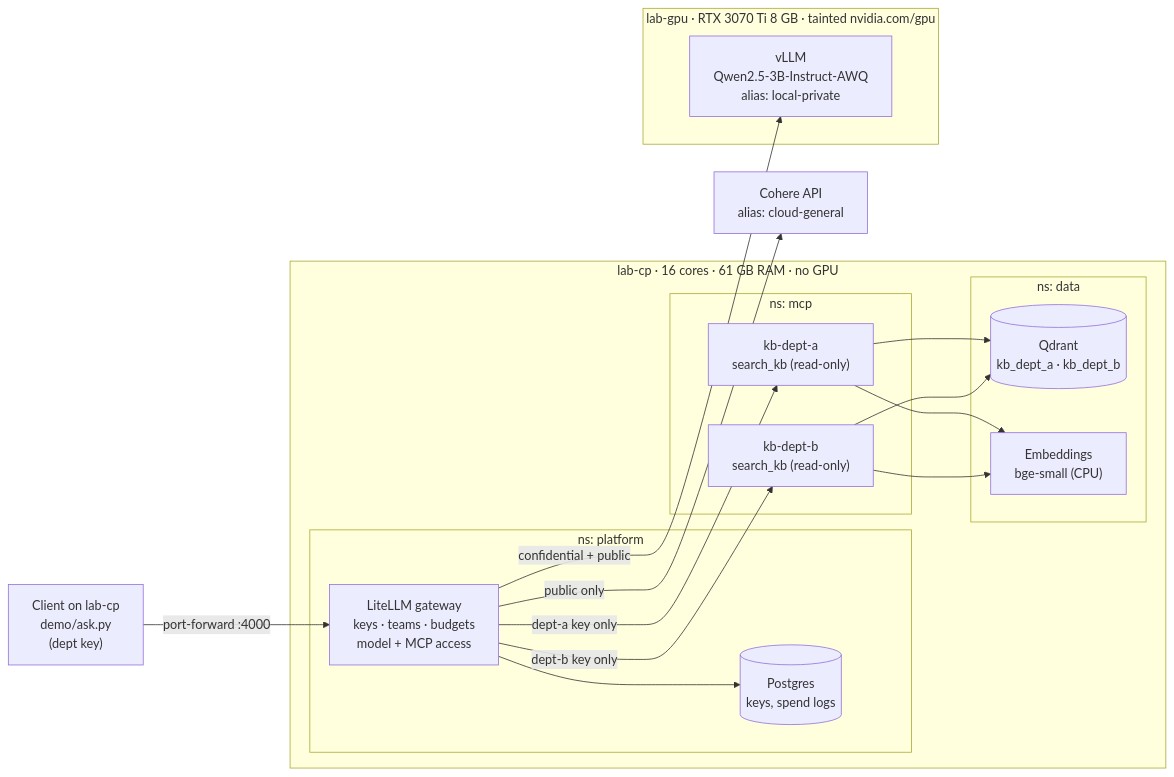
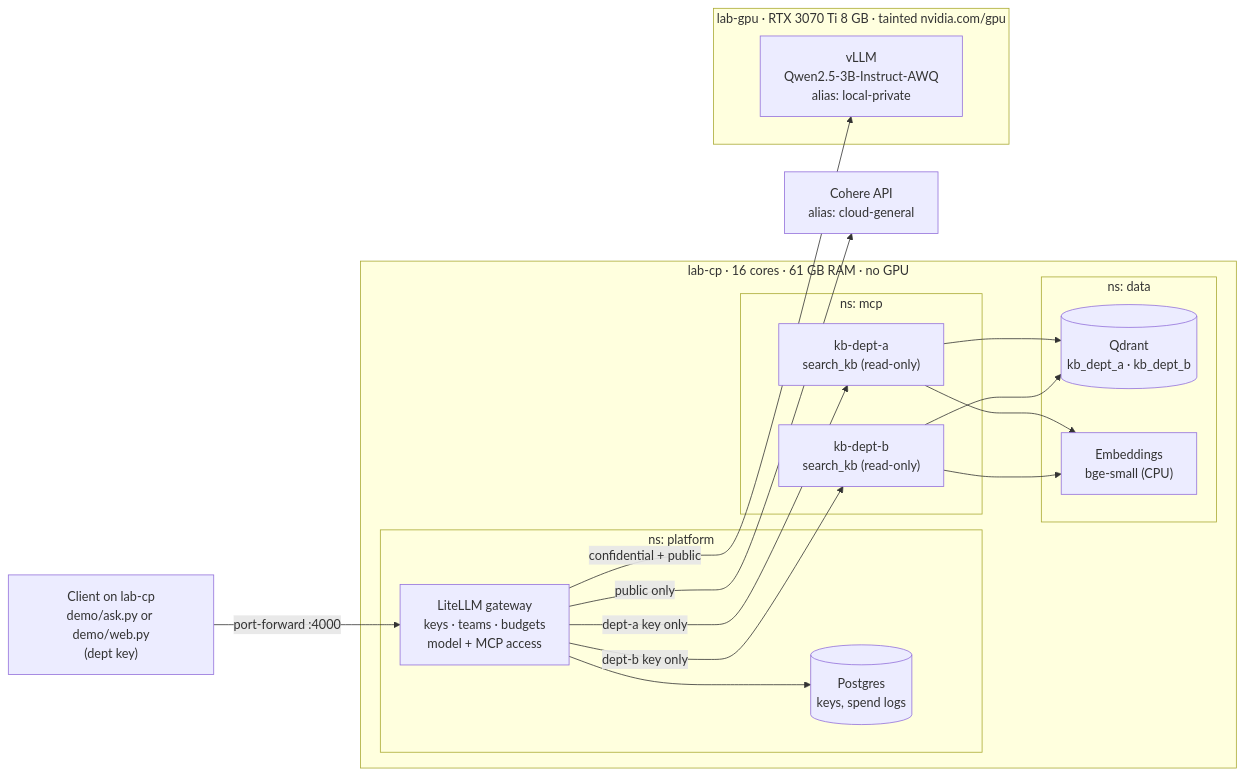
One commit to biznuts/ai-platform-lab changed the diagram in docs/ARCHITECTURE.md. Above: the diagram before and after it, drawn with Mermaid. The commit also changed 8 other files, not shown here.

````diff
--- a/docs/ARCHITECTURE.md
+++ b/docs/ARCHITECTURE.md
@@ -5,35 +5,35 @@
 ```mermaid
 flowchart LR
-  user["Client on lab-cp<br/>demo/ask.py<br/>(dept key)"] -- "port-forward :4000" --> litellm
+  user["Client on lab-cp<br/>demo/ask.py or demo/web.py<br/>(dept key)"] -- "port-forward :4000" --> litellm
 
   subgraph lab-cp ["lab-cp · 16 cores · 61 GB RAM · no GPU"]
     subgraph platform ["ns: platform"]
       litellm["LiteLLM gateway<br/>keys · teams · budgets<br/>model + MCP access"]
       pg[("Postgres<br/>keys, spend logs")]
     end
     subgraph mcp ["ns: mcp"]
       mcpa["kb-dept-a<br/>search_kb (read-only)"]
       mcpb["kb-dept-b<br/>search_kb (read-only)"]
     end
     subgraph data ["ns: data"]
       qdrant[("Qdrant<br/>kb_dept_a · kb_dept_b")]
       tei["Embeddings<br/>bge-small (CPU)"]
     end
   end
 
   subgraph lab-gpu ["lab-gpu · RTX 3070 Ti 8 GB · tainted nvidia.com/gpu"]
     vllm["vLLM<br/>Qwen2.5-3B-Instruct-AWQ<br/>alias: local-private"]
   end
 
   cohere["Cohere API<br/>alias: cloud-general"]
 
   litellm --> pg
   litellm -- "confidential + public" --> vllm
   litellm -- "public only" --> cohere
   litellm -- "dept-a key only" --> mcpa
   litellm -- "dept-b key only" --> mcpb
   mcpa --> qdrant
   mcpb --> qdrant
   mcpa --> tei
   mcpb --> tei
 ```
````
